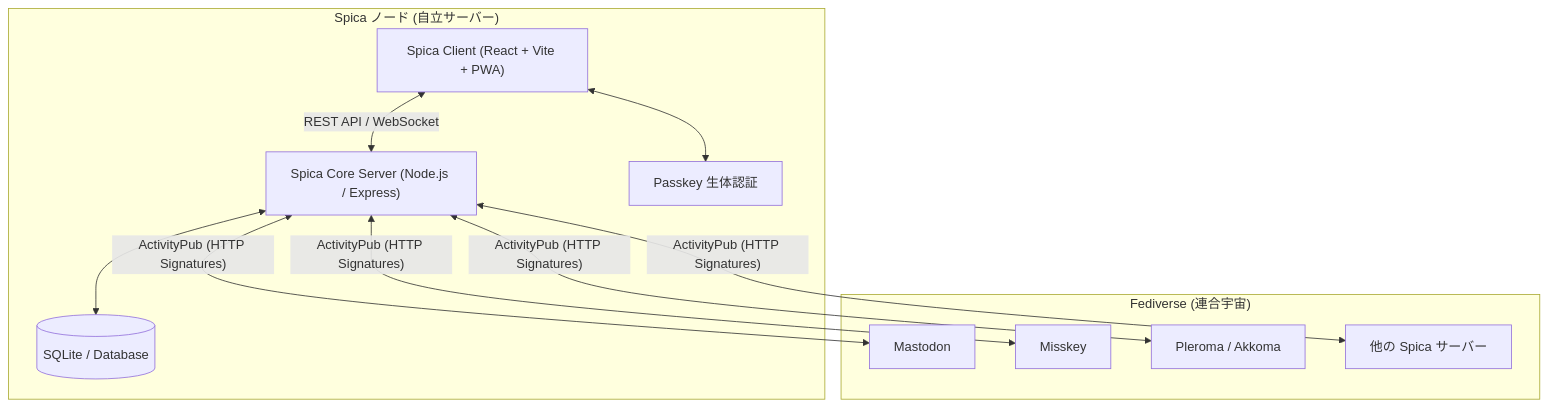
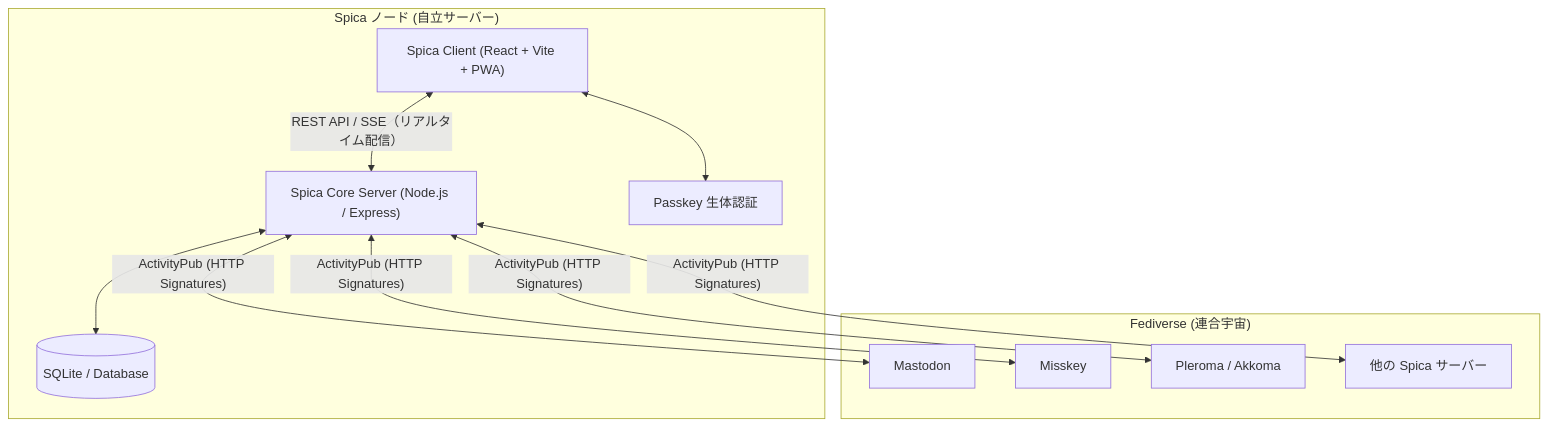
The diagram in docs/ABOUT_SPICA.md (Keychrom/Spica), drawn with Mermaid before and after one commit. The commit also changed other lines of this file and 38 other files, not shown here.

````diff
--- a/docs/ABOUT_SPICA.md
+++ b/docs/ABOUT_SPICA.md
@@ -48,25 +48,25 @@
 ```mermaid
 flowchart TD
     subgraph Spica_Node ["Spica ノード (自立サーバー)"]
         Client["Spica Client (React + Vite + PWA)"]
         Server["Spica Core Server (Node.js / Express)"]
         DB[(SQLite / Database)]
         WebAuthn["Passkey 生体認証"]
         
-        Client <-->|"REST API / WebSocket"| Server
+        Client <-->|"REST API / SSE（リアルタイム配信）"| Server
         Server <--> DB
         Client <--> WebAuthn
     end
 
     subgraph Fediverse ["Fediverse (連合宇宙)"]
         Mastodon["Mastodon"]
         Misskey["Misskey"]
         Pleroma["Pleroma / Akkoma"]
         OtherSpica["他の Spica サーバー"]
     end
 
     Server <-->|"ActivityPub (HTTP Signatures)"| Mastodon
     Server <-->|"ActivityPub (HTTP Signatures)"| Misskey
     Server <-->|"ActivityPub (HTTP Signatures)"| Pleroma
     Server <-->|"ActivityPub (HTTP Signatures)"| OtherSpica
 ```
````
